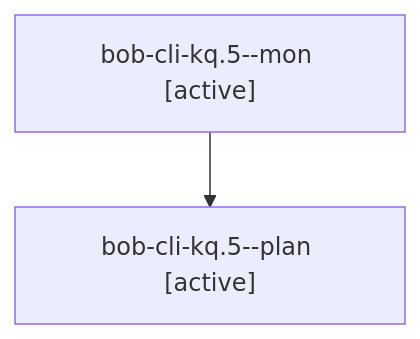
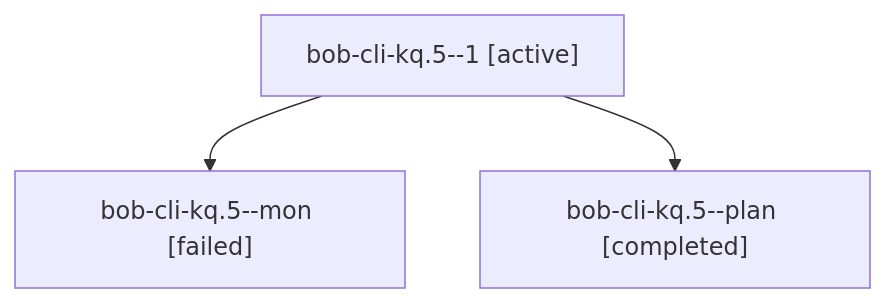
The diagram in sessions/bbugyi200.athena.bob-cli-kq.5.md (bobs-org/bob-cli--agents), drawn with Mermaid before and after one commit. The commit also changed other lines of this file and 172 other files, not shown here.

````diff
--- a/sessions/bbugyi200.athena.bob-cli-kq.5.md
+++ b/sessions/bbugyi200.athena.bob-cli-kq.5.md
@@ -9,6 +9,8 @@
 ```mermaid
 flowchart TD
-  n0["bob-cli-kq.5--mon [active]"]
-  n1["bob-cli-kq.5--plan [active]"]
+  n0["bob-cli-kq.5--1 [active]"]
+  n1["bob-cli-kq.5--mon [failed]"]
   n0 --> n1
+  n2["bob-cli-kq.5--plan [completed]"]
+  n0 --> n2
 ```
````
